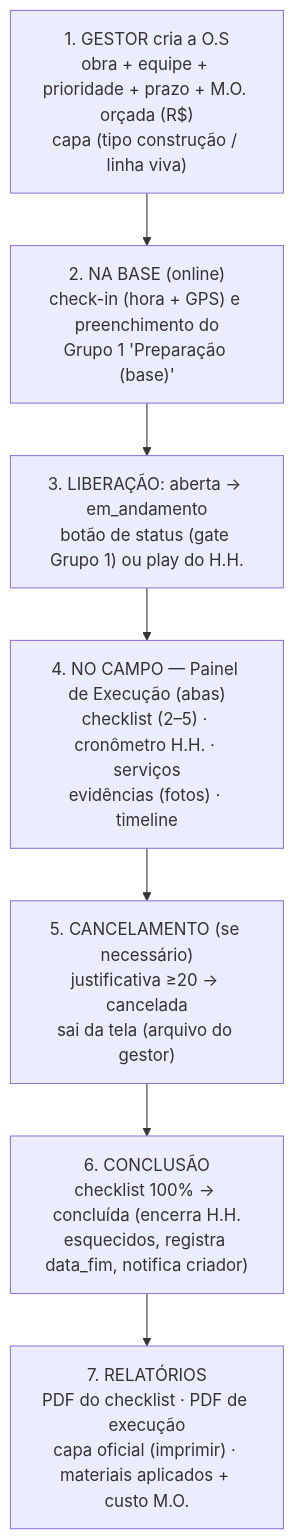
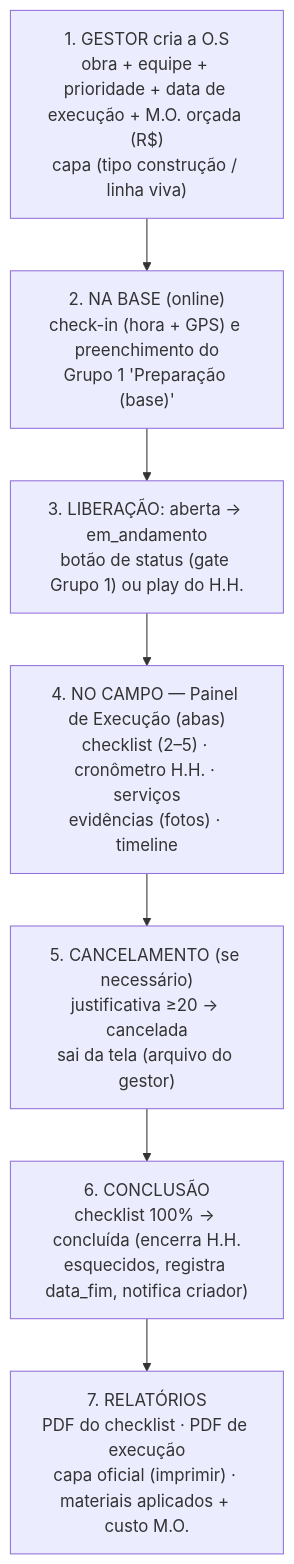
The third of 4 diagrams in DIAGRAMA_OS.md (Edenir-Munaretto/App_Munaretto), drawn with Mermaid before and after one commit. The commit also changed other lines of this file and 7 other files, not shown here.

Commit message:
os: campo Data da impressao usa data de execucao; prazo vira data de execucao na interface

````diff
--- a/DIAGRAMA_OS.md
+++ b/DIAGRAMA_OS.md
@@ -117,10 +117,10 @@
 ```mermaid
 flowchart TD
-    A["1. GESTOR cria a O.S<br/>obra + equipe + prioridade + prazo + M.O. orçada (R$)<br/>capa (tipo construção / linha viva)"] --> B
+    A["1. GESTOR cria a O.S<br/>obra + equipe + prioridade + data de execução + M.O. orçada (R$)<br/>capa (tipo construção / linha viva)"] --> B
     B["2. NA BASE (online)<br/>check-in (hora + GPS) e preenchimento do<br/>Grupo 1 'Preparação (base)'"] --> C
     C["3. LIBERAÇÃO: aberta → em_andamento<br/>botão de status (gate Grupo 1) ou play do H.H."] --> D
     D["4. NO CAMPO — Painel de Execução (abas)<br/>checklist (2–5) · cronômetro H.H. · serviços<br/>evidências (fotos) · timeline"] --> E
     E["5. CANCELAMENTO (se necessário)<br/>justificativa ≥20 → cancelada<br/>sai da tela (arquivo do gestor)"] --> F
     F["6. CONCLUSÃO<br/>checklist 100% → concluída (encerra H.H.<br/>esquecidos, registra data_fim, notifica criador)"] --> G
     G["7. RELATÓRIOS<br/>PDF do checklist · PDF de execução<br/>capa oficial (imprimir) · materiais aplicados + custo M.O."]
 ```
````
